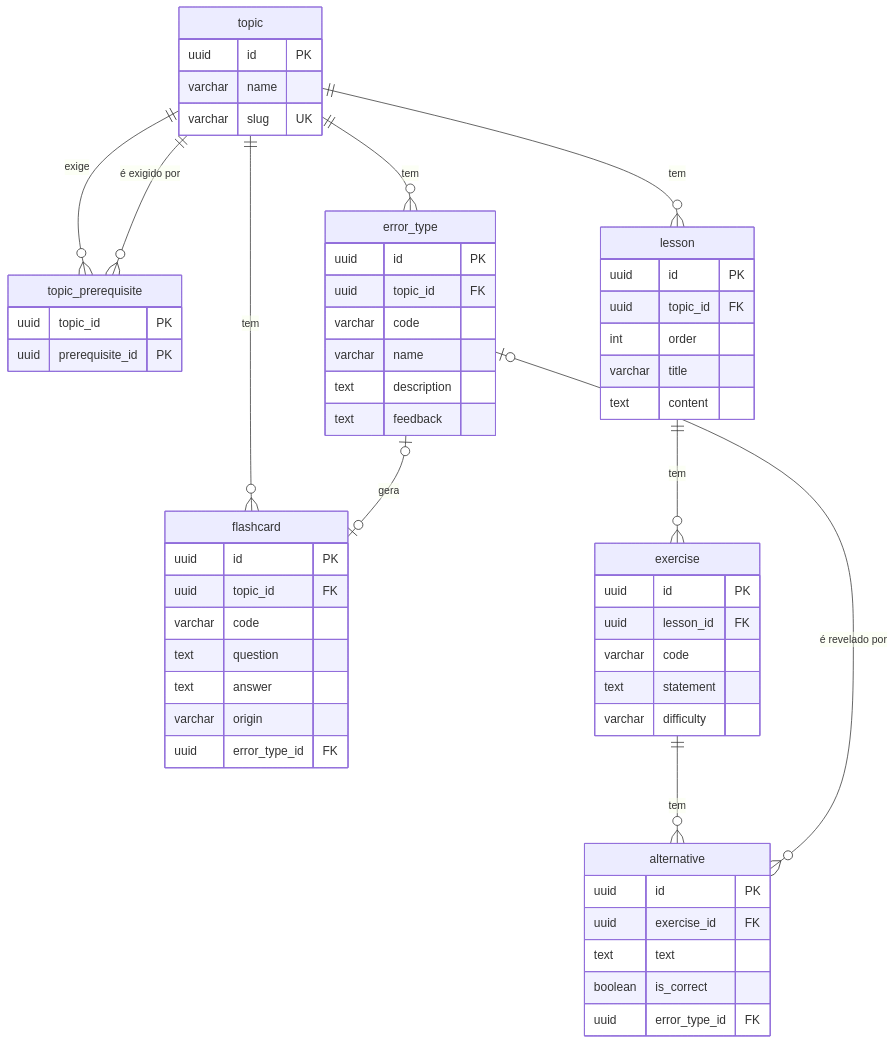
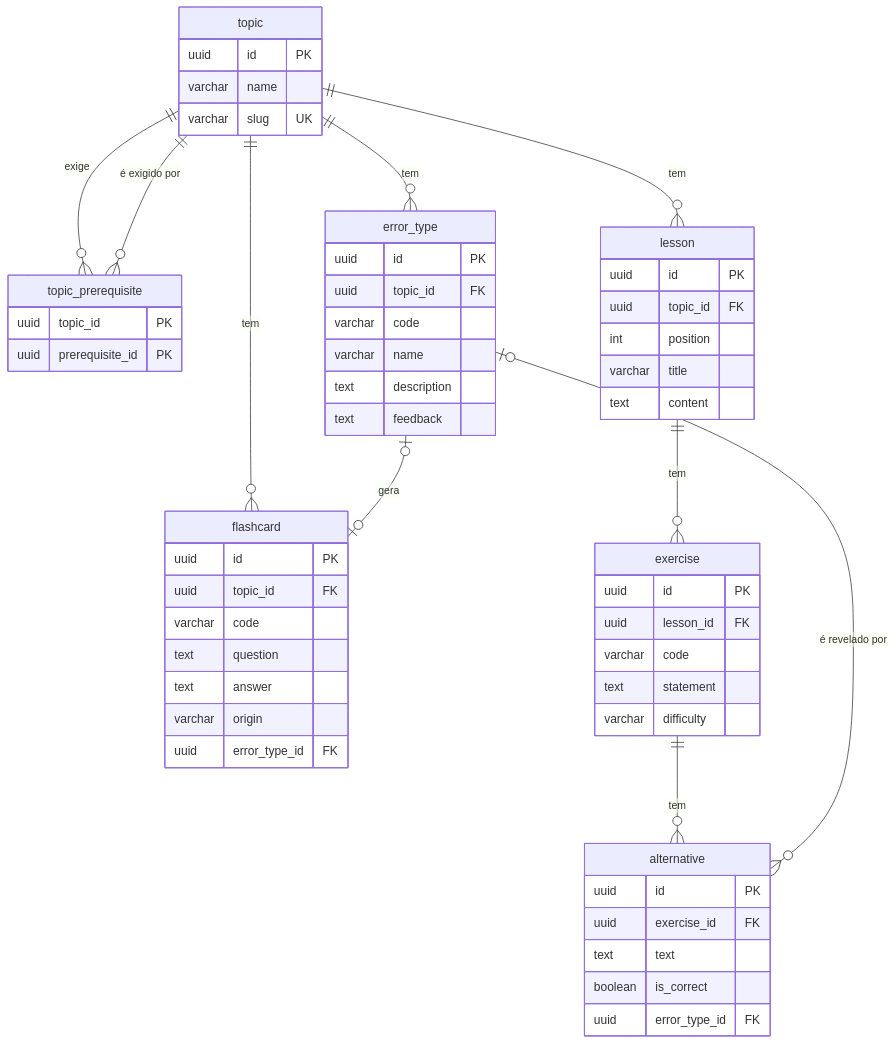
The second of 2 diagrams in docs/SRS/SRS - Módulo de Conteúdo.md (LHPalma/estudarias), drawn with Mermaid before and after one commit. The commit also changed other lines of this file and 1 other file, not shown here.

First line of the commit message:
docs(schema): passa o conteúdo para o inglês e registra a persistência no SRS

````diff
--- a/docs/SRS/SRS - Módulo de Conteúdo.md
+++ b/docs/SRS/SRS - Módulo de Conteúdo.md
@@ -325,60 +325,60 @@
 ```mermaid
 erDiagram
     topic ||--o{ topic_prerequisite : "exige"
     topic ||--o{ topic_prerequisite : "é exigido por"
     topic ||--o{ error_type : "tem"
     topic ||--o{ lesson : "tem"
     topic ||--o{ flashcard : "tem"
     lesson ||--o{ exercise : "tem"
     exercise ||--o{ alternative : "tem"
     error_type |o--o{ alternative : "é revelado por"
     error_type |o--o| flashcard : "gera"
 
     topic {
         uuid id PK
         varchar name
         varchar slug UK
     }
     topic_prerequisite {
         uuid topic_id PK
         uuid prerequisite_id PK
     }
     error_type {
         uuid id PK
         uuid topic_id FK
         varchar code
         varchar name
         text description
         text feedback
     }
     lesson {
         uuid id PK
         uuid topic_id FK
-        int order
+        int position
         varchar title
         text content
     }
     exercise {
         uuid id PK
         uuid lesson_id FK
         varchar code
         text statement
         varchar difficulty
     }
     alternative {
         uuid id PK
         uuid exercise_id FK
         text text
         boolean is_correct
         uuid error_type_id FK
     }
     flashcard {
         uuid id PK
         uuid topic_id FK
         varchar code
         text question
         text answer
         varchar origin
         uuid error_type_id FK
     }
 ```
````
